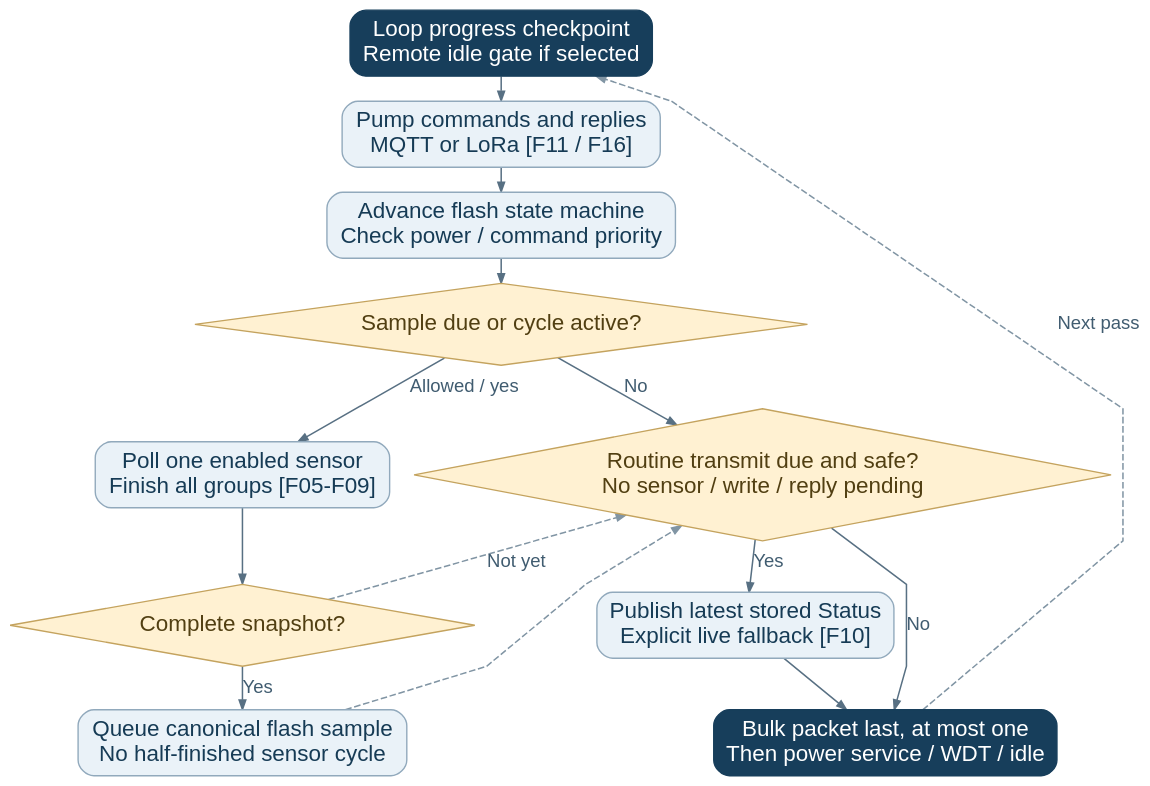
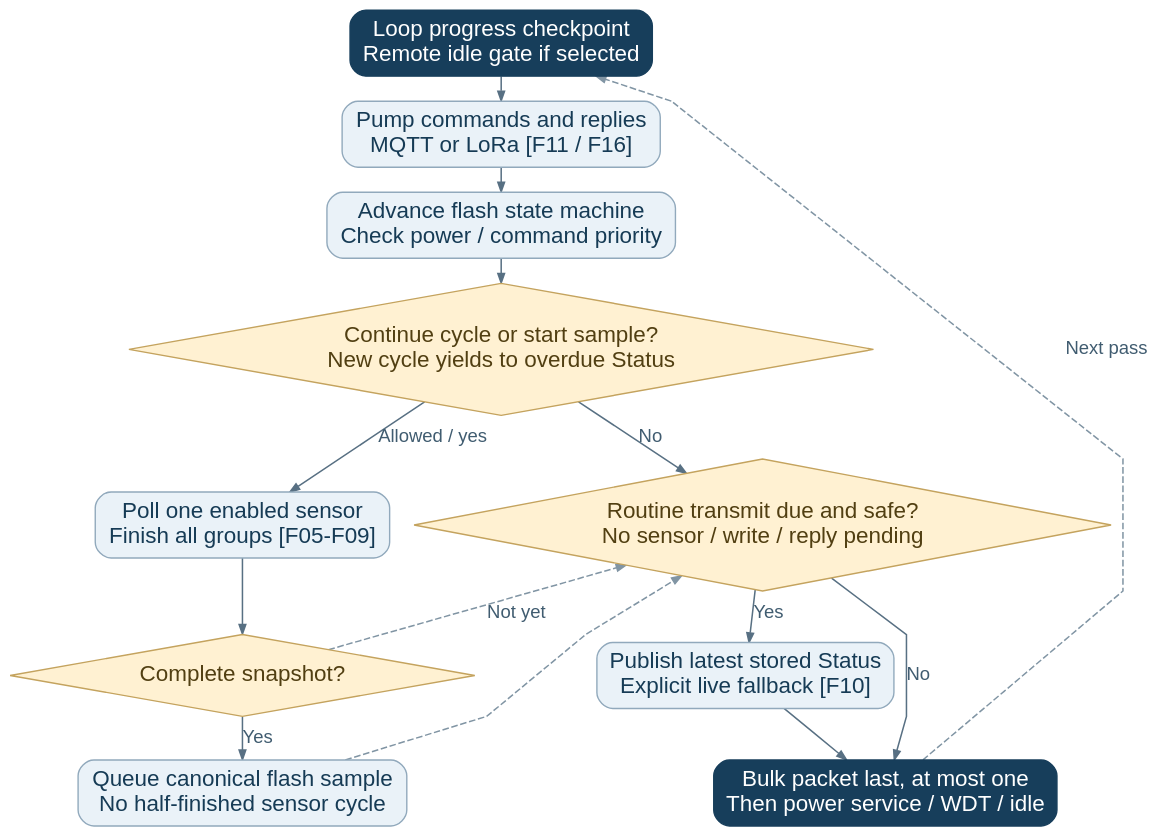
One commit to SelimEldreeny111/EgSA_IOT changed the diagram in Documentation/Flowcharts/source/F04_sensor_node_cooperative_main_loop.dot. Above: the diagram before and after it, drawn with Graphviz. The commit also changed 33 other files, not shown here.

First line of the commit message:
docs: refresh Word design and editable architecture diagrams

```diff
--- a/Documentation/Flowcharts/source/F04_sensor_node_cooperative_main_loop.dot
+++ b/Documentation/Flowcharts/source/F04_sensor_node_cooperative_main_loop.dot
@@ -1,37 +1,37 @@
 // F04 Sensor node cooperative main loop
 digraph F04 {
 graph [rankdir=TB, bgcolor="transparent", pad="0.18", nodesep="0.25", ranksep="0.25", splines=polyline, outputorder=edgesfirst];
 node [fontname="Arial", fontsize=17, margin="0.13,0.09", penwidth=1.05];
 edge [fontname="Arial", fontsize=14, color="#587083", fontcolor="#405C70", arrowsize=0.72, penwidth=1.15];
 "a" [shape="box", style="rounded,filled", fillcolor="#173E5B", fontcolor="white", color="#173E5B", label="Loop progress checkpoint\nRemote idle gate if selected"];
 "b" [shape="box", style="rounded,filled", fillcolor="#EAF2F8", fontcolor="#163B55", color="#91A9BC", label="Pump commands and replies\nMQTT or LoRa [F11 / F16]"];
 "c" [shape="box", style="rounded,filled", fillcolor="#EAF2F8", fontcolor="#163B55", color="#91A9BC", label="Advance flash state machine\nCheck power / command priority"];
-"d" [shape="diamond", style="filled", fillcolor="#FFF1D2", fontcolor="#513F12", color="#C4A35E", label="Sample due or cycle active?"];
+"d" [shape="diamond", style="filled", fillcolor="#FFF1D2", fontcolor="#513F12", color="#C4A35E", label="Continue cycle or start sample?\nNew cycle yields to overdue Status"];
 "e" [shape="box", style="rounded,filled", fillcolor="#EAF2F8", fontcolor="#163B55", color="#91A9BC", label="Poll one enabled sensor\nFinish all groups [F05-F09]"];
 "f" [shape="diamond", style="filled", fillcolor="#FFF1D2", fontcolor="#513F12", color="#C4A35E", label="Complete snapshot?"];
 "g" [shape="box", style="rounded,filled", fillcolor="#EAF2F8", fontcolor="#163B55", color="#91A9BC", label="Queue canonical flash sample\nNo half-finished sensor cycle"];
 "h" [shape="diamond", style="filled", fillcolor="#FFF1D2", fontcolor="#513F12", color="#C4A35E", label="Routine transmit due and safe?\nNo sensor / write / reply pending"];
 "i" [shape="box", style="rounded,filled", fillcolor="#EAF2F8", fontcolor="#163B55", color="#91A9BC", label="Publish latest stored Status\nExplicit live fallback [F10]"];
 "j" [shape="box", style="rounded,filled", fillcolor="#173E5B", fontcolor="white", color="#173E5B", label="Bulk packet last, at most one\nThen power service / WDT / idle"];
 {rank=same; "a";}
 {rank=same; "b";}
 {rank=same; "c";}
 {rank=same; "d";}
 {rank=same; "e"; "h";}
 {rank=same; "f"; "i";}
 {rank=same; "g";}
 {rank=same; "j";}
 "a" -> "b" [];
 "b" -> "c" [];
 "c" -> "d" [];
 "d" -> "e" [label="Allowed / yes"];
 "e" -> "f" [];
 "f" -> "g" [label="Yes"];
 "f" -> "h" [label="Not yet", constraint="false", color="#8195A4", style="dashed"];
 "d" -> "h" [label="No"];
 "g" -> "h" [constraint="false", color="#8195A4", style="dashed"];
 "h" -> "i" [label="Yes"];
 "h" -> "j" [label="No"];
 "i" -> "j" [];
 "j" -> "a" [label="Next pass", constraint="false", color="#8195A4", style="dashed"];
 }
```
